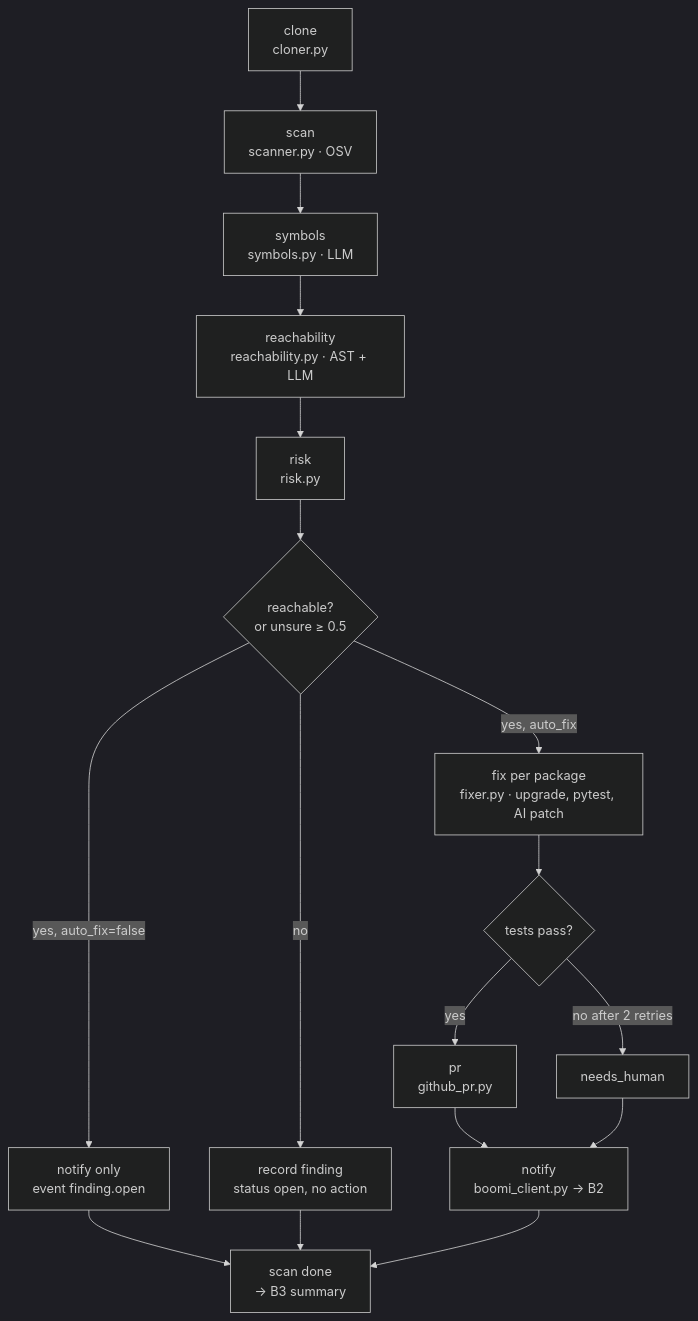
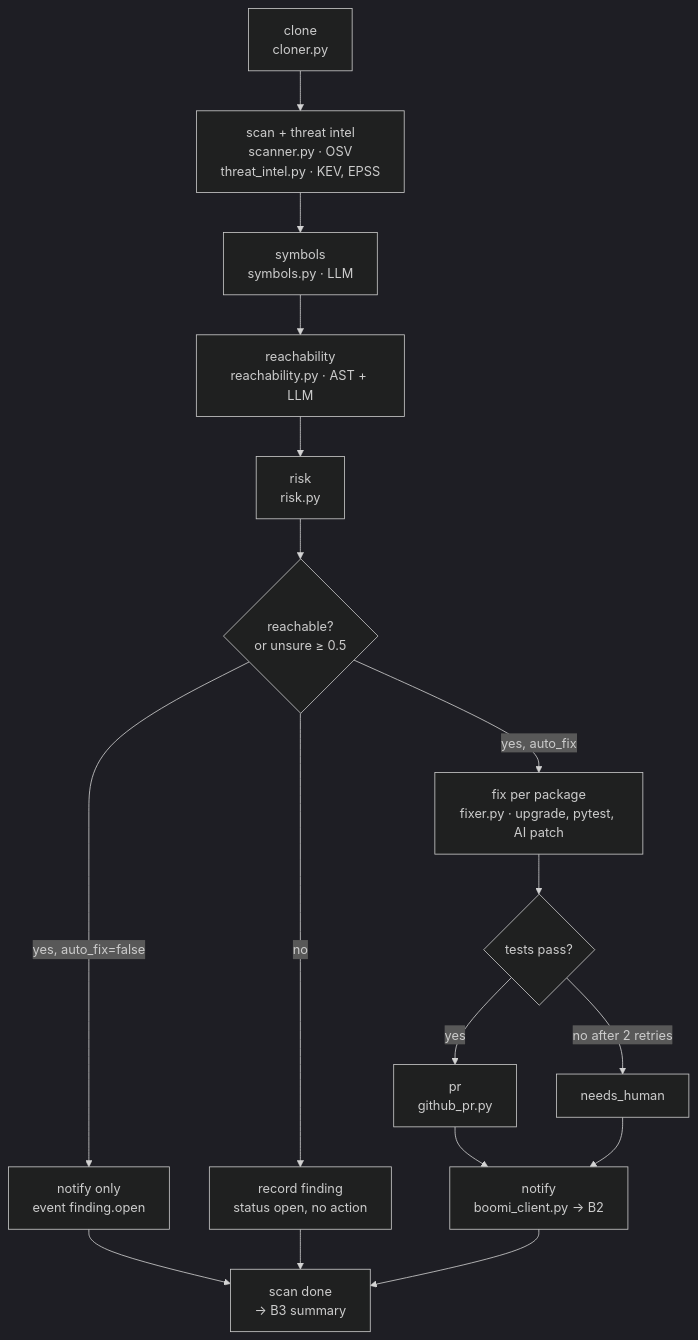
The second of 11 diagrams in docs/DIAGRAMS.md (BommepalliRoop/patchpilot-dryrun), drawn with Mermaid (dark theme) before and after one commit. The commit also changed other lines of this file and 21 other files, not shown here.

First line of the commit message:
Add CISA KEV + EPSS exploit data to scoring, contracts, UI and Boomi

````diff
--- a/docs/DIAGRAMS.md
+++ b/docs/DIAGRAMS.md
@@ -70,19 +72,19 @@
 ```mermaid
 flowchart TD
-    A[clone<br/>cloner.py] --> B[scan<br/>scanner.py · OSV]
+    A[clone<br/>cloner.py] --> B[scan + threat intel<br/>scanner.py · OSV<br/>threat_intel.py · KEV, EPSS]
     B --> C[symbols<br/>symbols.py · LLM]
     C --> D[reachability<br/>reachability.py · AST + LLM]
     D --> E[risk<br/>risk.py]
     E --> G{reachable?<br/>or unsure ≥ 0.5}
     G -- no --> K[record finding<br/>status open, no action]
     G -- yes, auto_fix=false --> O[notify only<br/>event finding.open]
     O --> S
     G -- yes, auto_fix --> F[fix per package<br/>fixer.py · upgrade, pytest, AI patch]
     F --> H{tests pass?}
     H -- yes --> P[pr<br/>github_pr.py]
     H -- no after 2 retries --> N[needs_human]
     P --> Q[notify<br/>boomi_client.py → B2]
     N --> Q
     K --> S
     Q --> S[scan done<br/>→ B3 summary]
 ```
````
